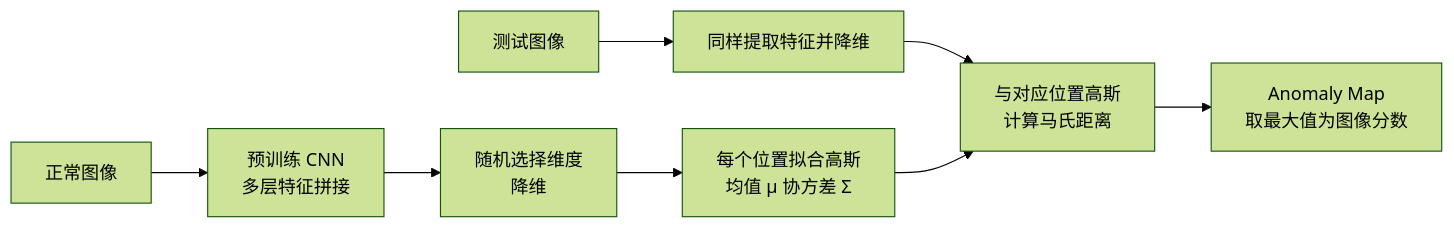
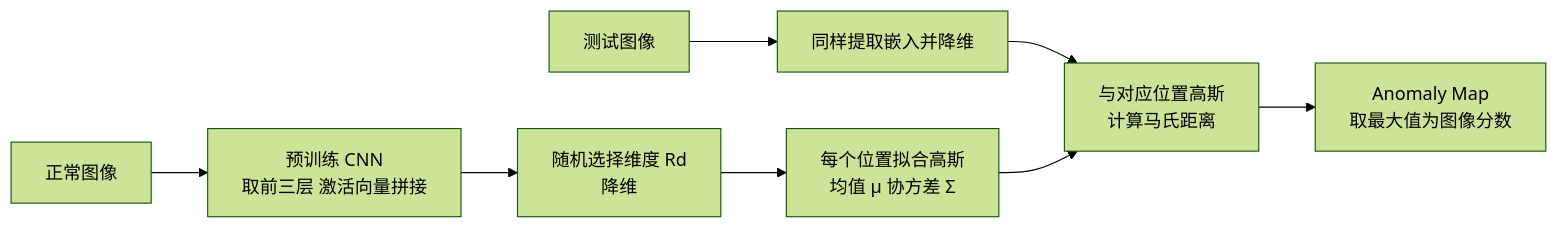
One commit to junxnone/aiwiki changed the diagram in docs/0322_paper_PaDiM.md. Above: the diagram before and after it, drawn with Mermaid (forest theme). The commit also changed other lines of this file and 1 other file, not shown here.

````diff
--- a/docs/0322_paper_PaDiM.md
+++ b/docs/0322_paper_PaDiM.md
@@ -76,10 +82,10 @@
 ```mermaid
 graph LR
-    A["正常图像"] --> B["预训练 CNN<br/>多层特征拼接"]
-    B --> C["随机选择维度<br/>降维"]
+    A["正常图像"] --> B["预训练 CNN<br/>取前三层 激活向量拼接"]
+    B --> C["随机选择维度 Rd<br/>降维"]
     C --> D["每个位置拟合高斯<br/>均值 μ 协方差 Σ"]
-    T["测试图像"] --> E["同样提取特征并降维"]
+    T["测试图像"] --> E["同样提取嵌入并降维"]
     E --> F["与对应位置高斯<br/>计算马氏距离"]
     D --> F
     F --> G["Anomaly Map<br/>取最大值为图像分数"]
 ```
````
